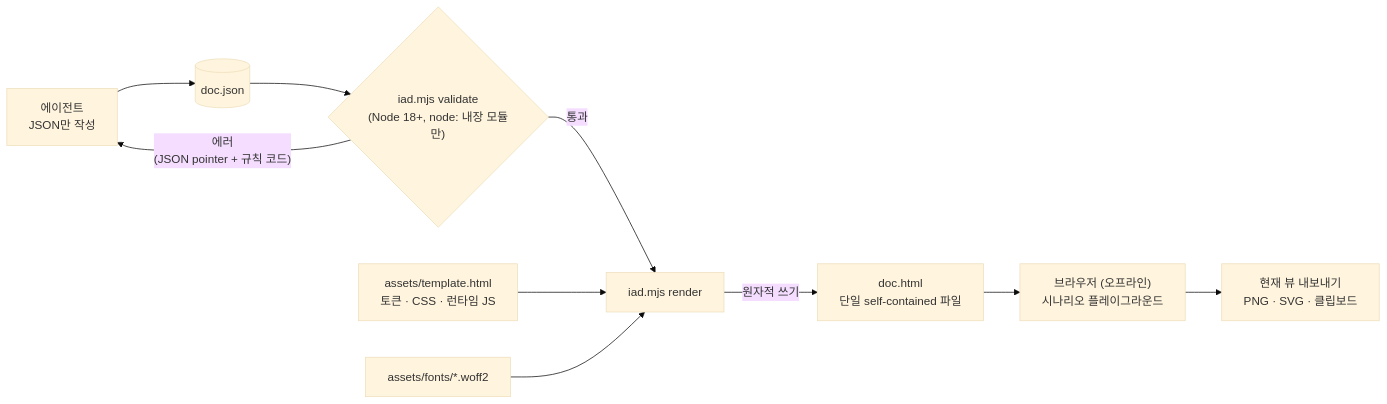
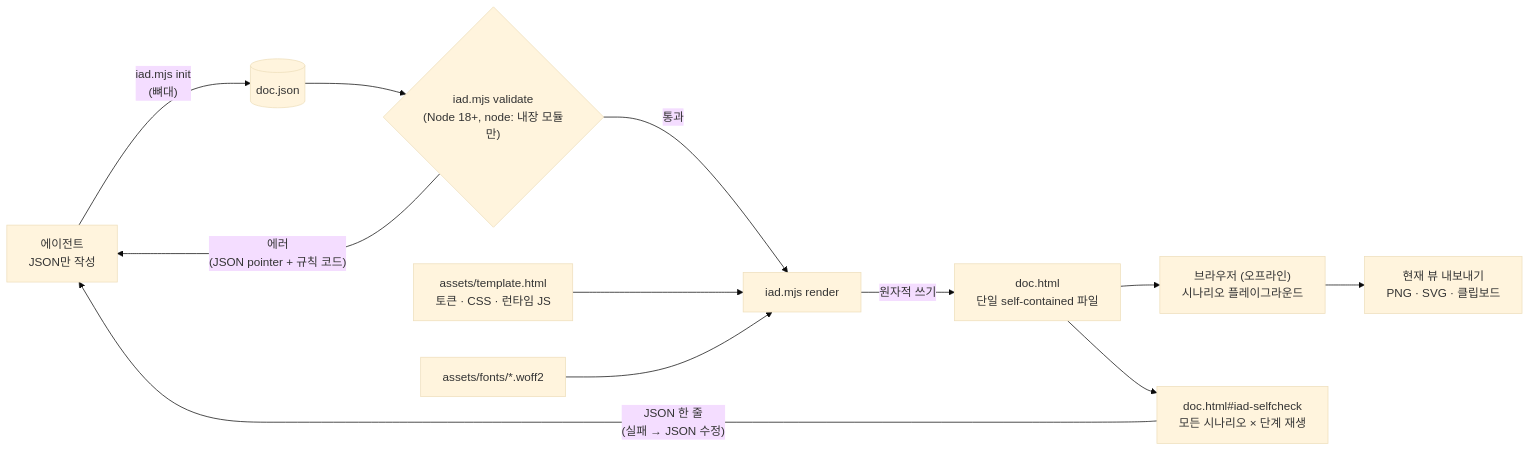
The diagram in README.ko.md (sunjae98/interactive-architecture-doc), drawn with Mermaid (base theme) before and after one commit. The commit also changed other lines of this file and 4 other files, not shown here.

````diff
--- a/README.ko.md
+++ b/README.ko.md
@@ -19,12 +19,14 @@
 ```mermaid
 flowchart LR
-    A["에이전트<br/>JSON만 작성"] --> J[("doc.json")]
+    A["에이전트<br/>JSON만 작성"] -- "iad.mjs init<br/>(뼈대)" --> J[("doc.json")]
     J --> V{"iad.mjs validate<br/>(Node 18+, node: 내장 모듈만)"}
     V -- "에러<br/>(JSON pointer + 규칙 코드)" --> A
     V -- "통과" --> R["iad.mjs render"]
     T["assets/template.html<br/>토큰 · CSS · 런타임 JS"] --> R
     F["assets/fonts/*.woff2"] --> R
     R -- "원자적 쓰기" --> H["doc.html<br/>단일 self-contained 파일"]
     H --> B["브라우저 (오프라인)<br/>시나리오 플레이그라운드"]
     B --> E["현재 뷰 내보내기<br/>PNG · SVG · 클립보드"]
+    H --> S["doc.html#iad-selfcheck<br/>모든 시나리오 × 단계 재생"]
+    S -- "JSON 한 줄<br/>(실패 → JSON 수정)" --> A
 ```
````
